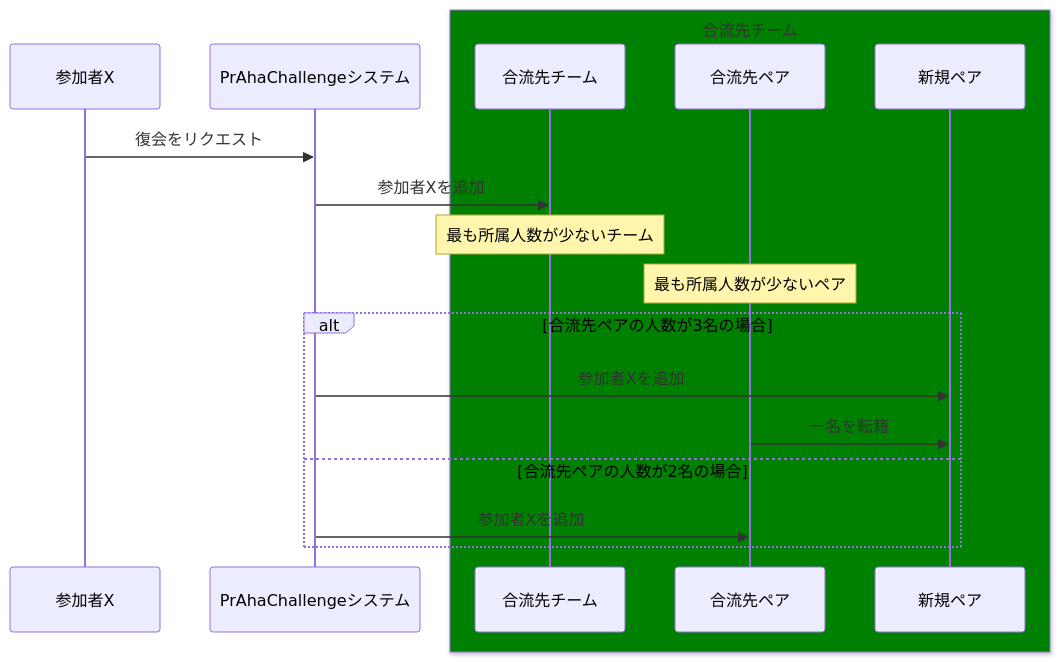
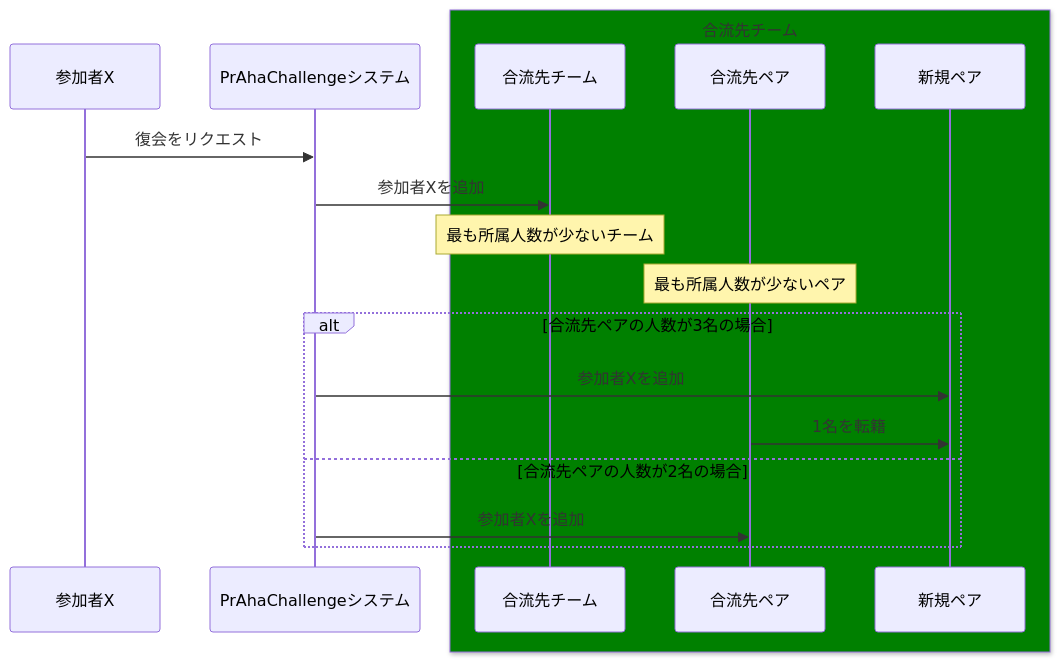
Before and after one commit to UR-deR/PrAha_Challenge: the second of 2 diagrams in architecture/PrahaChallenge/docs/sequence-diagrams/update-participant-status.md, drawn with Mermaid. The commit also changed other lines of this file and 23 other files, not shown here.

````diff
--- a/architecture/PrahaChallenge/docs/sequence-diagrams/update-participant-status.md
+++ b/architecture/PrahaChallenge/docs/sequence-diagrams/update-participant-status.md
@@ -34,22 +38,22 @@
 ```mermaid
 sequenceDiagram
     participant X as 参加者X
     participant S as PrAhaChallengeシステム
     box Green 合流先チーム
     participant T as 合流先チーム
     participant P as 合流先ペア
     participant Q as 新規ペア
     end
 
     X->>S: 復会をリクエスト
     S->>T: 参加者Xを追加
     note over T: 最も所属人数が少ないチーム
     note over P: 最も所属人数が少ないペア
     alt 合流先ペアの人数が3名の場合
     S->>Q: 参加者Xを追加
-    P->>Q: 一名を転籍
+    P->>Q: 1名を転籍
     else 合流先ペアの人数が2名の場合
     S->>P: 参加者Xを追加
     end
 
 ```
````
